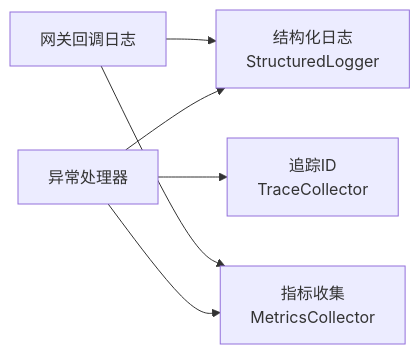
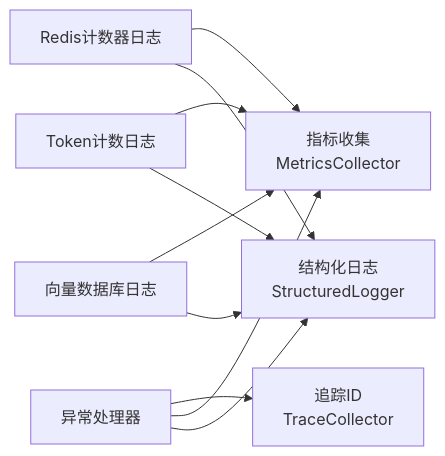
One commit to tianyehedashu/ai-agent changed the seventh of 8 diagrams in .qoder/repowiki/zh/content/后端服务架构/基础设施层/异常处理机制.md. Above: the diagram before and after it, drawn with Mermaid. The commit also changed other lines of this file and 46 other files, not shown here.

````diff
--- a/.qoder/repowiki/zh/content/后端服务架构/基础设施层/异常处理机制.md
+++ b/.qoder/repowiki/zh/content/后端服务架构/基础设施层/异常处理机制.md
@@ -239,8 +353,12 @@
 ```mermaid
 graph LR
 EH["异常处理器"] --> SL["结构化日志<br/>StructuredLogger"]
 EH --> MET["指标收集<br/>MetricsCollector"]
 EH --> TRC["追踪ID<br/>TraceCollector"]
-CB["网关回调日志"] --> SL
+CB["向量数据库日志"] --> SL
 CB --> MET
+TC["Token计数日志"] --> SL
+TC --> MET
+RC["Redis计数器日志"] --> SL
+RC --> MET
 ```
````
